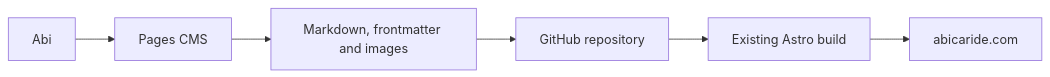
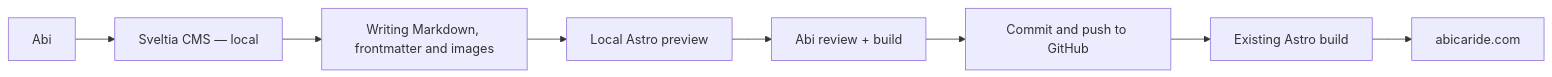
The sixth of 7 diagrams in docs/ARCHITECTURE.md (abicaride/abicaride.com), drawn with Mermaid before and after one commit. The commit also changed other lines of this file and 34 other files, not shown here.

Commit message:
feat: adopt local Sveltia writing workflow

````diff
--- a/docs/ARCHITECTURE.md
+++ b/docs/ARCHITECTURE.md
@@ -424,8 +427,10 @@
 ```mermaid
 flowchart LR
-    ABI["Abi"] --> CMS["Pages CMS"]
-    CMS --> FILES["Markdown, frontmatter and images"]
-    FILES --> REPO["GitHub repository"]
+    ABI["Abi"] --> CMS["Sveltia CMS — local"]
+    CMS --> FILES["Writing Markdown, frontmatter and images"]
+    FILES --> PREVIEW["Local Astro preview"]
+    PREVIEW --> REVIEW["Abi review + build"]
+    REVIEW --> REPO["Commit and push to GitHub"]
     REPO --> BUILD["Existing Astro build"]
     BUILD --> SITE["abicaride.com"]
 ```
````
